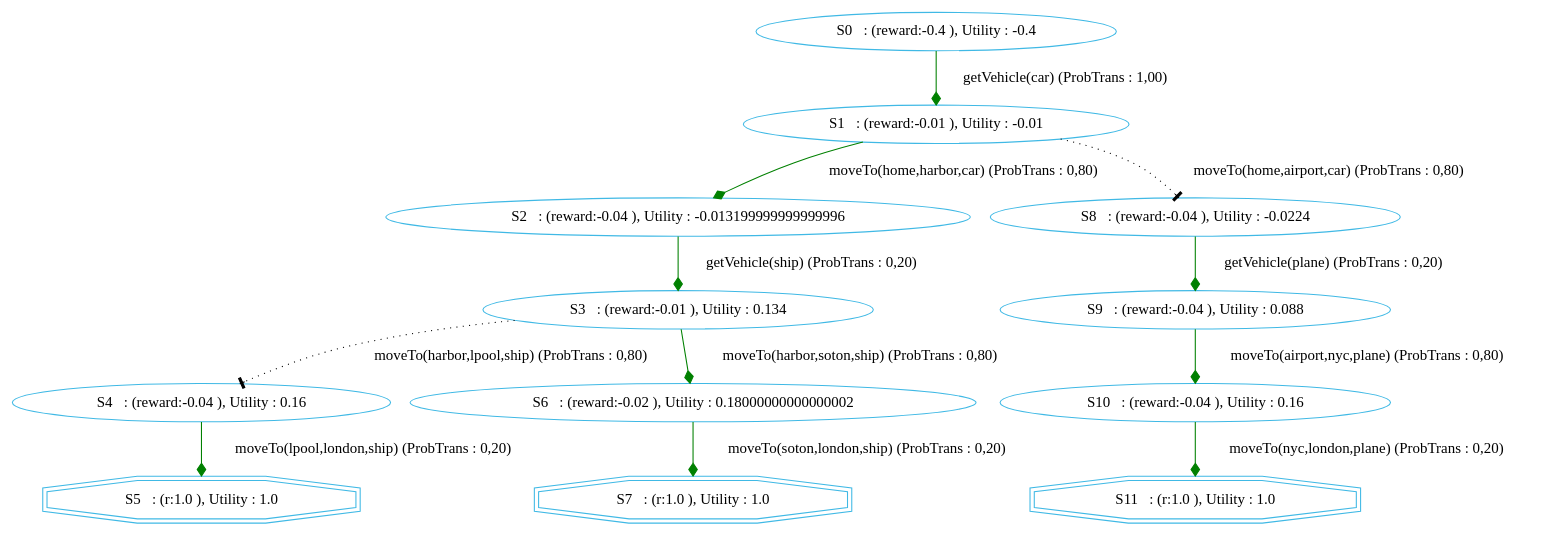
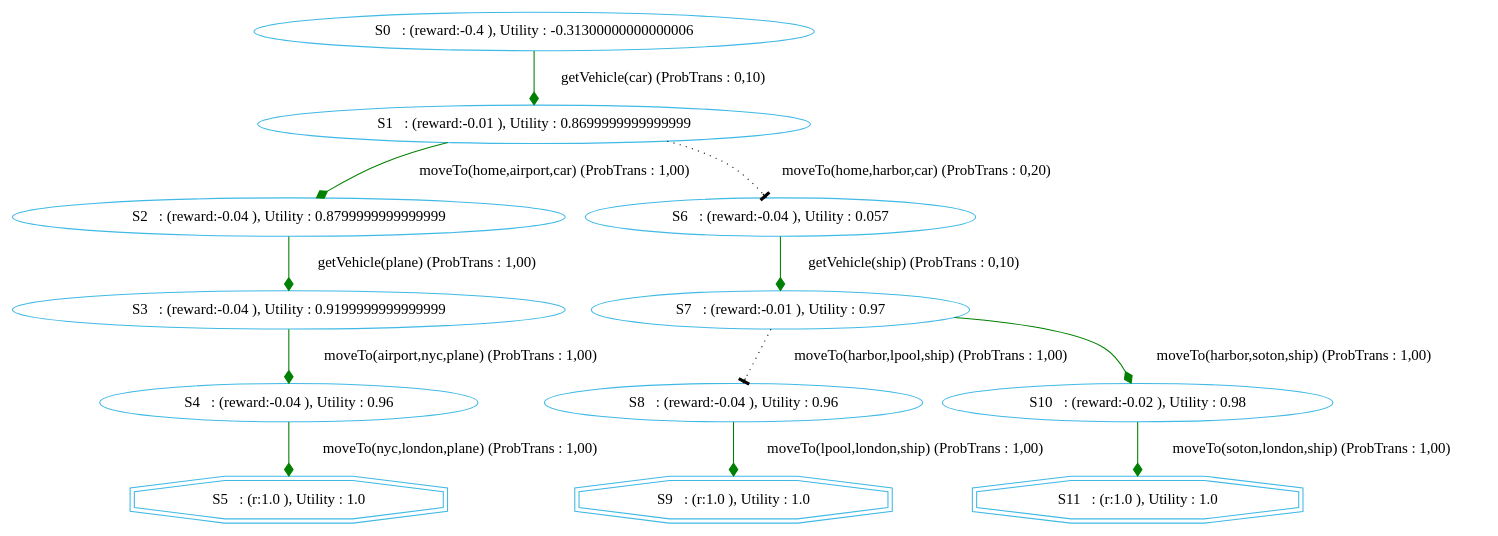
Before and after one commit to htiraHatem/CHIMP_MDP: the diagram in chimp/src/main/java/examples/MDP/gotolondon/gotolondonGraphVICHIMP.dot, drawn with Graphviz. The commit also changed 10 other files, not shown here.

```diff
--- a/chimp/src/main/java/examples/MDP/gotolondon/gotolondonGraphVICHIMP.dot
+++ b/chimp/src/main/java/examples/MDP/gotolondon/gotolondonGraphVICHIMP.dot
@@ -1,27 +1,27 @@
 digraph {
   node [color="#40b9e5" ]
  size="60,17";
 "5" [label=" S5   : (r:1.0 ), Utility : 1.0 " shape=doubleoctagon];
-"7" [label=" S7   : (r:1.0 ), Utility : 1.0 " shape=doubleoctagon];
+"9" [label=" S9   : (r:1.0 ), Utility : 1.0 " shape=doubleoctagon];
 "11" [label=" S11   : (r:1.0 ), Utility : 1.0 " shape=doubleoctagon];
-"0" [label=" S0   : (reward:-0.4 ), Utility : -0.4 "];
-"1" [label=" S1   : (reward:-0.01 ), Utility : -0.01 "];
-"2" [label=" S2   : (reward:-0.04 ), Utility : -0.013199999999999996 "];
-"3" [label=" S3   : (reward:-0.01 ), Utility : 0.134 "];
-"4" [label=" S4   : (reward:-0.04 ), Utility : 0.16 "];
-"6" [label=" S6   : (reward:-0.02 ), Utility : 0.18000000000000002 "];
-"8" [label=" S8   : (reward:-0.04 ), Utility : -0.0224 "];
-"9" [label=" S9   : (reward:-0.04 ), Utility : 0.088 "];
-"10" [label=" S10   : (reward:-0.04 ), Utility : 0.16 "];
-"0" -> "1" [ label="getVehicle(car) (ProbTrans : 1,00)"
-, arrowhead = diamond , color=green];"1" -> "2" [ label="moveTo(home,harbor,car) (ProbTrans : 0,80)"
-, arrowhead = diamond , color=green];"1" -> "8" [ label="moveTo(home,airport,car) (ProbTrans : 0,80)"
-,style=dotted, arrowhead=tee];"2" -> "3" [ label="getVehicle(ship) (ProbTrans : 0,20)"
-, arrowhead = diamond , color=green];"3" -> "4" [ label="moveTo(harbor,lpool,ship) (ProbTrans : 0,80)"
-,style=dotted, arrowhead=tee];"3" -> "6" [ label="moveTo(harbor,soton,ship) (ProbTrans : 0,80)"
-, arrowhead = diamond , color=green];"4" -> "5" [ label="moveTo(lpool,london,ship) (ProbTrans : 0,20)"
-, arrowhead = diamond , color=green];"6" -> "7" [ label="moveTo(soton,london,ship) (ProbTrans : 0,20)"
-, arrowhead = diamond , color=green];"8" -> "9" [ label="getVehicle(plane) (ProbTrans : 0,20)"
-, arrowhead = diamond , color=green];"9" -> "10" [ label="moveTo(airport,nyc,plane) (ProbTrans : 0,80)"
-, arrowhead = diamond , color=green];"10" -> "11" [ label="moveTo(nyc,london,plane) (ProbTrans : 0,20)"
+"0" [label=" S0   : (reward:-0.4 ), Utility : -0.31300000000000006 "];
+"1" [label=" S1   : (reward:-0.01 ), Utility : 0.8699999999999999 "];
+"2" [label=" S2   : (reward:-0.04 ), Utility : 0.8799999999999999 "];
+"3" [label=" S3   : (reward:-0.04 ), Utility : 0.9199999999999999 "];
+"4" [label=" S4   : (reward:-0.04 ), Utility : 0.96 "];
+"6" [label=" S6   : (reward:-0.04 ), Utility : 0.057 "];
+"7" [label=" S7   : (reward:-0.01 ), Utility : 0.97 "];
+"8" [label=" S8   : (reward:-0.04 ), Utility : 0.96 "];
+"10" [label=" S10   : (reward:-0.02 ), Utility : 0.98 "];
+"0" -> "1" [ label="getVehicle(car) (ProbTrans : 0,10)"
+, arrowhead = diamond , color=green];"1" -> "2" [ label="moveTo(home,airport,car) (ProbTrans : 1,00)"
+, arrowhead = diamond , color=green];"1" -> "6" [ label="moveTo(home,harbor,car) (ProbTrans : 0,20)"
+,style=dotted, arrowhead=tee];"2" -> "3" [ label="getVehicle(plane) (ProbTrans : 1,00)"
+, arrowhead = diamond , color=green];"3" -> "4" [ label="moveTo(airport,nyc,plane) (ProbTrans : 1,00)"
+, arrowhead = diamond , color=green];"4" -> "5" [ label="moveTo(nyc,london,plane) (ProbTrans : 1,00)"
+, arrowhead = diamond , color=green];"6" -> "7" [ label="getVehicle(ship) (ProbTrans : 0,10)"
+, arrowhead = diamond , color=green];"7" -> "8" [ label="moveTo(harbor,lpool,ship) (ProbTrans : 1,00)"
+,style=dotted, arrowhead=tee];"7" -> "10" [ label="moveTo(harbor,soton,ship) (ProbTrans : 1,00)"
+, arrowhead = diamond , color=green];"8" -> "9" [ label="moveTo(lpool,london,ship) (ProbTrans : 1,00)"
+, arrowhead = diamond , color=green];"10" -> "11" [ label="moveTo(soton,london,ship) (ProbTrans : 1,00)"
 , arrowhead = diamond , color=green];}
```
